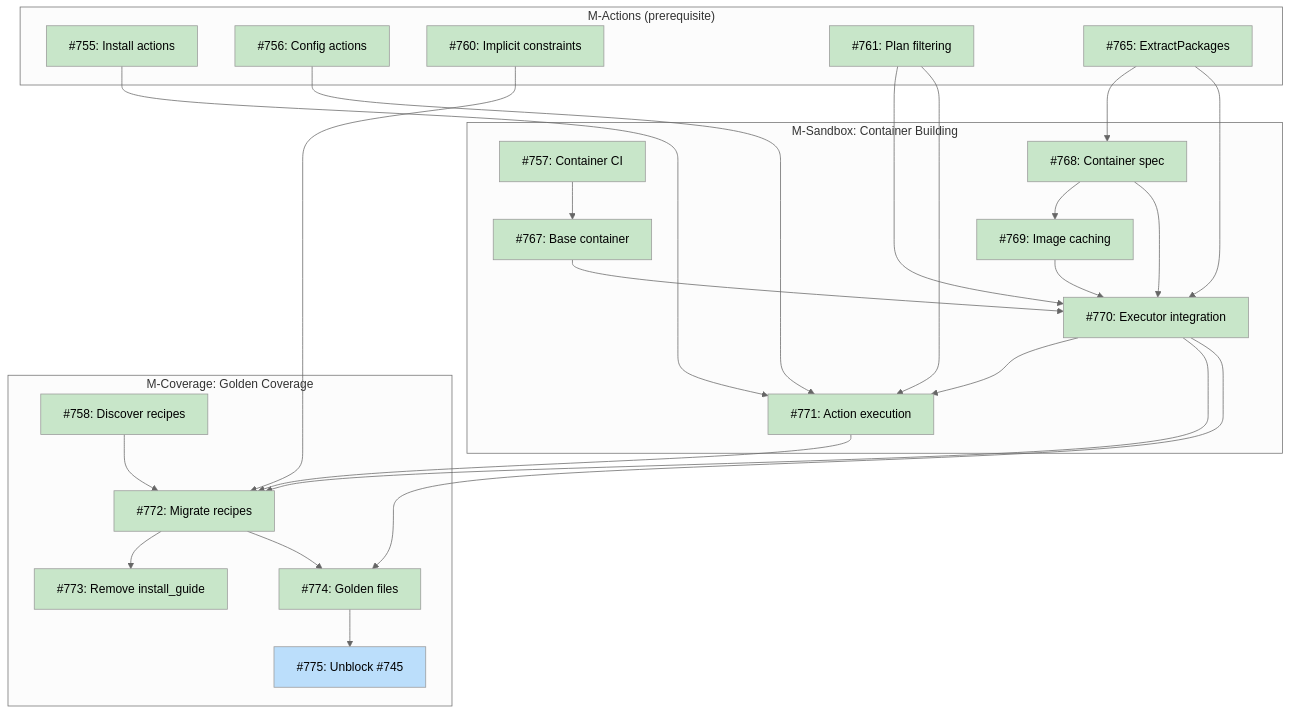
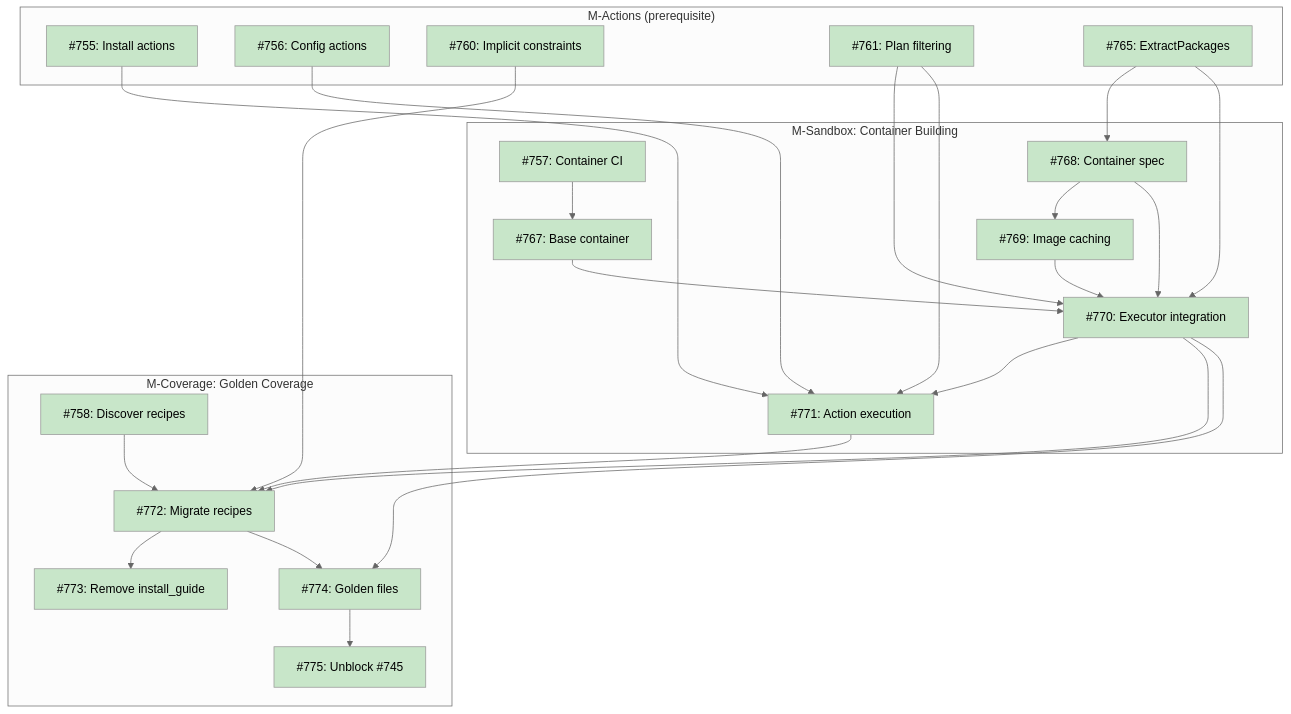
Before and after one commit to tsukumogami/tsuku: the diagram in docs/designs/DESIGN-structured-install-guide.md, drawn with Mermaid (neutral theme). The commit also changed other lines of this file, not shown here.

Commit message:
docs: update design status to Current and mark #775 as done

````diff
--- a/docs/designs/DESIGN-structured-install-guide.md
+++ b/docs/designs/DESIGN-structured-install-guide.md
@@ -32,56 +32,55 @@
 ```mermaid
 graph TD
     subgraph Actions["M-Actions (prerequisite)"]
         I755["#755: Install actions"]
         I756["#756: Config actions"]
         I760["#760: Implicit constraints"]
         I761["#761: Plan filtering"]
         I765["#765: ExtractPackages"]
     end
 
     subgraph Sandbox["M-Sandbox: Container Building"]
         I757["#757: Container CI"]
         I767["#767: Base container"]
         I768["#768: Container spec"]
         I769["#769: Image caching"]
         I770["#770: Executor integration"]
         I771["#771: Action execution"]
     end
 
     subgraph Coverage["M-Coverage: Golden Coverage"]
         I758["#758: Discover recipes"]
         I772["#772: Migrate recipes"]
         I773["#773: Remove install_guide"]
         I774["#774: Golden files"]
         I775["#775: Unblock #745"]
     end
 
     I757 --> I767
     I765 --> I768
     I768 --> I769
     I761 --> I770
     I767 --> I770
     I768 --> I770
     I769 --> I770
     I765 --> I770
     I755 --> I771
     I756 --> I771
     I770 --> I771
     I761 --> I771
     I758 --> I772
     I770 --> I772
     I771 --> I772
     I760 --> I772
     I772 --> I773
     I772 --> I774
     I770 --> I774
     I774 --> I775
 
     classDef done fill:#c8e6c9
     classDef ready fill:#bbdefb
     classDef blocked fill:#fff9c4
     classDef needsDesign fill:#e1bee7
 
-    class I755,I756,I757,I758,I760,I761,I765,I767,I768,I769,I770,I771,I772,I773,I774 done
-    class I775 ready
+    class I755,I756,I757,I758,I760,I761,I765,I767,I768,I769,I770,I771,I772,I773,I774,I775 done
 ```
````
